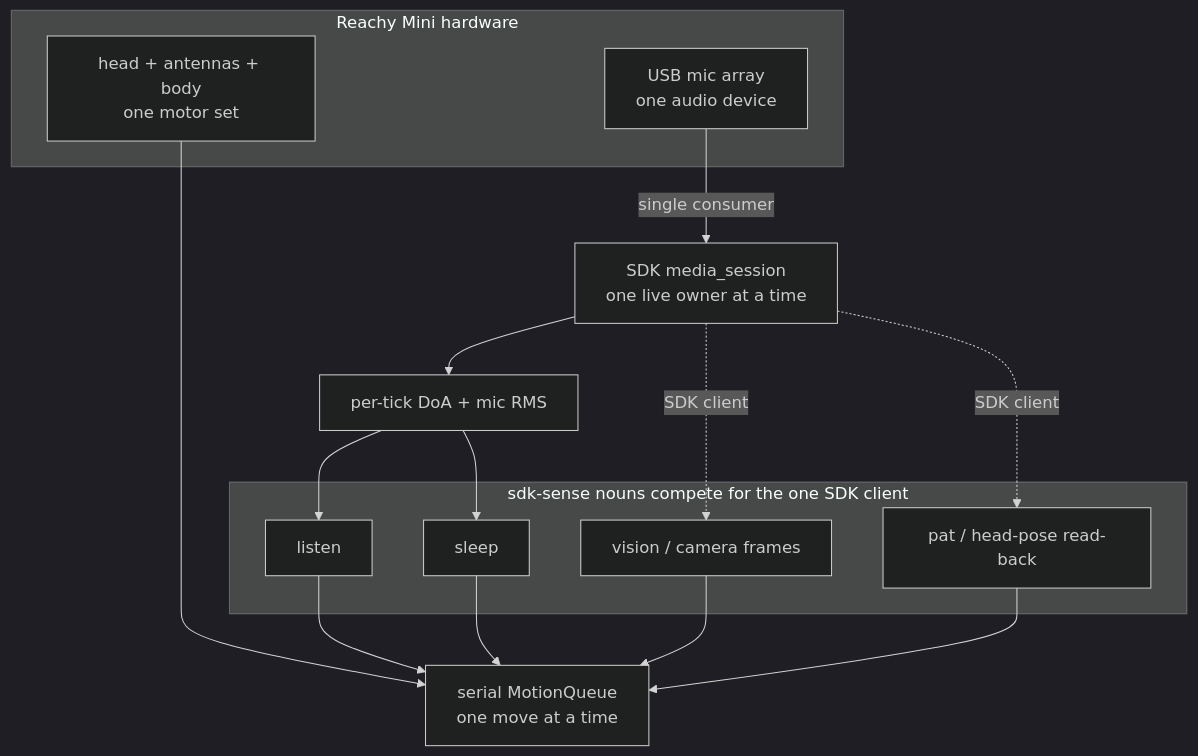
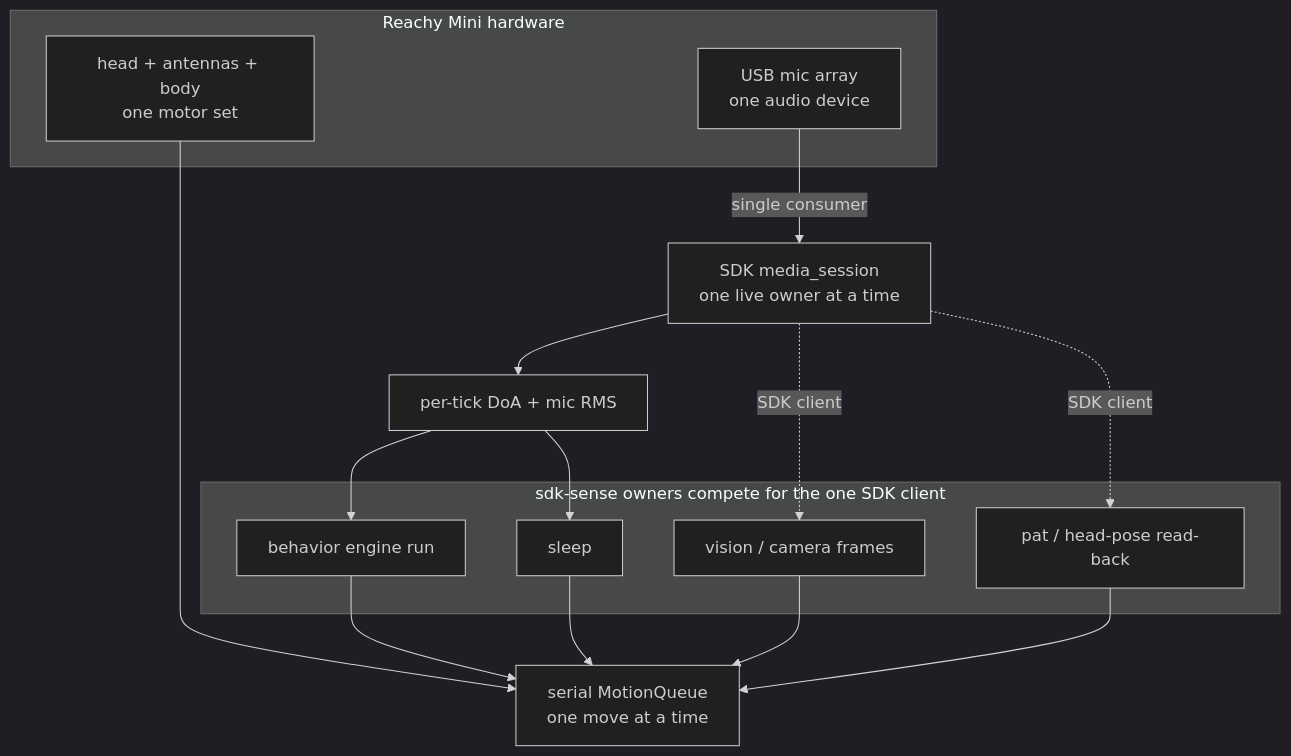
Before and after one commit to agentculture/reachy-mini-cli: the first of 2 diagrams in docs/operating-reachy.md, drawn with Mermaid (dark theme). The commit also changed other lines of this file and 3 other files, not shown here.

````diff
--- a/docs/operating-reachy.md
+++ b/docs/operating-reachy.md
@@ -57,28 +56,28 @@
 ```mermaid
 graph TD
     subgraph HW["Reachy Mini hardware"]
         MIC["USB mic array<br/>one audio device"]
         HEAD["head + antennas + body<br/>one motor set"]
     end
 
     MIC -->|single consumer| SESS["SDK media_session<br/>one live owner at a time"]
     SESS --> SENSE["per-tick DoA + mic RMS"]
     HEAD --> QUEUE["serial MotionQueue<br/>one move at a time"]
 
-    subgraph NOUNS["sdk-sense nouns compete for the one SDK client"]
-        LISTEN["listen"]
+    subgraph NOUNS["sdk-sense owners compete for the one SDK client"]
+        RUNTIME["behavior engine run"]
         SLEEP["sleep"]
         VISION["vision / camera frames"]
         PAT["pat / head-pose read-back"]
     end
 
-    SENSE --> LISTEN
+    SENSE --> RUNTIME
     SENSE --> SLEEP
     SESS -.->|SDK client| VISION
     SESS -.->|SDK client| PAT
 
-    LISTEN --> QUEUE
+    RUNTIME --> QUEUE
     SLEEP --> QUEUE
     VISION --> QUEUE
     PAT --> QUEUE
 ```
````
